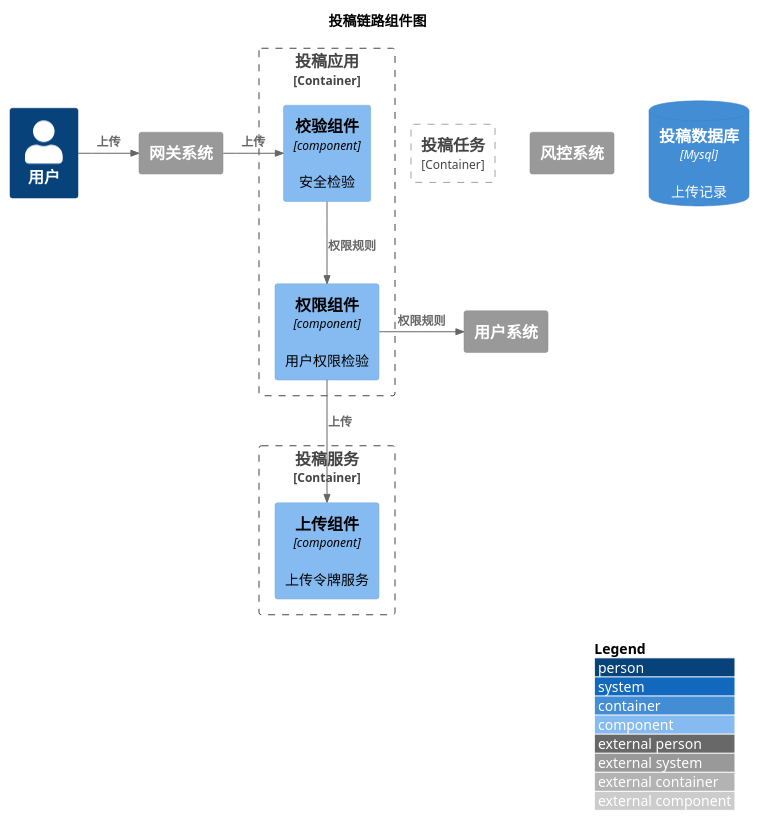
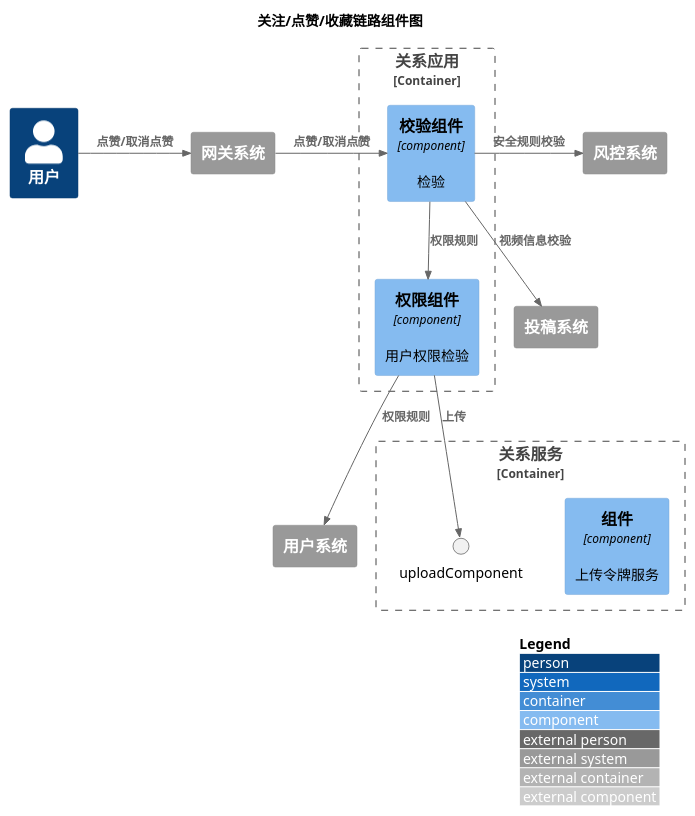
One commit to nxnnxn/community-doc changed the diagram in puml/interact/relation/add/component.puml. Above: the diagram before and after it, drawn with PlantUML. The commit also changed 7 other files, not shown here.

```diff
--- a/puml/interact/relation/add/component.puml
+++ b/puml/interact/relation/add/component.puml
@@ -1,43 +1,42 @@
 @startuml
 !include <C4/C4_Component>
 LAYOUT_WITH_LEGEND()
 
-title 投稿链路组件图
+title 关注/点赞/收藏链路组件图
 
 Person(user, "用户")
 System_Ext(gateway,"网关系统")
-Rel_R(user, gateway, "上传")
+Rel_R(user, gateway, "点赞/取消点赞")
 
-Container_Boundary(postFacade, "投稿应用"){
-    Component(checkComponent, "校验组件", "component", "安全检验")
+Container_Boundary(relationFacade, "关系应用"){
+    Component(checkComponent, "校验组件", "component", "检验")
     Component(authComponent, "权限组件", "component", "用户权限检验")
-    Rel_R(gateway, checkComponent, "上传")
+    Rel_R(gateway, checkComponent, "点赞/取消点赞")
     Rel(checkComponent, authComponent, "权限规则")
 }
 
-Container_Boundary(postService, "投稿服务"){
-    Component(uploadComponent, "上传组件", "component", "上传令牌服务")
+Container_Boundary(relationService, "关系服务"){
+    Component(relationComponent, "组件", "component", "上传令牌服务")
     Rel(authComponent, uploadComponent, "上传")
-}
-
-Container_Boundary(postJob, "投稿任务"){
-
 }
 
 
 
 System_Ext(security,"风控系统")
+System_Ext(video,"投稿系统")
 System_Ext(userSystem,"用户系统")
-ContainerDb(db, "投稿数据库", "Mysql","上传记录")
 
-Rel_R(authComponent, userSystem, "权限规则")
+Rel_R(checkComponent, security, "安全规则校验")
+Rel(checkComponent, video, "视频信息校验")
+Rel(authComponent, userSystem, "权限规则")
+
 
 
 
 
 
 
 
 
 
 @enduml
```
